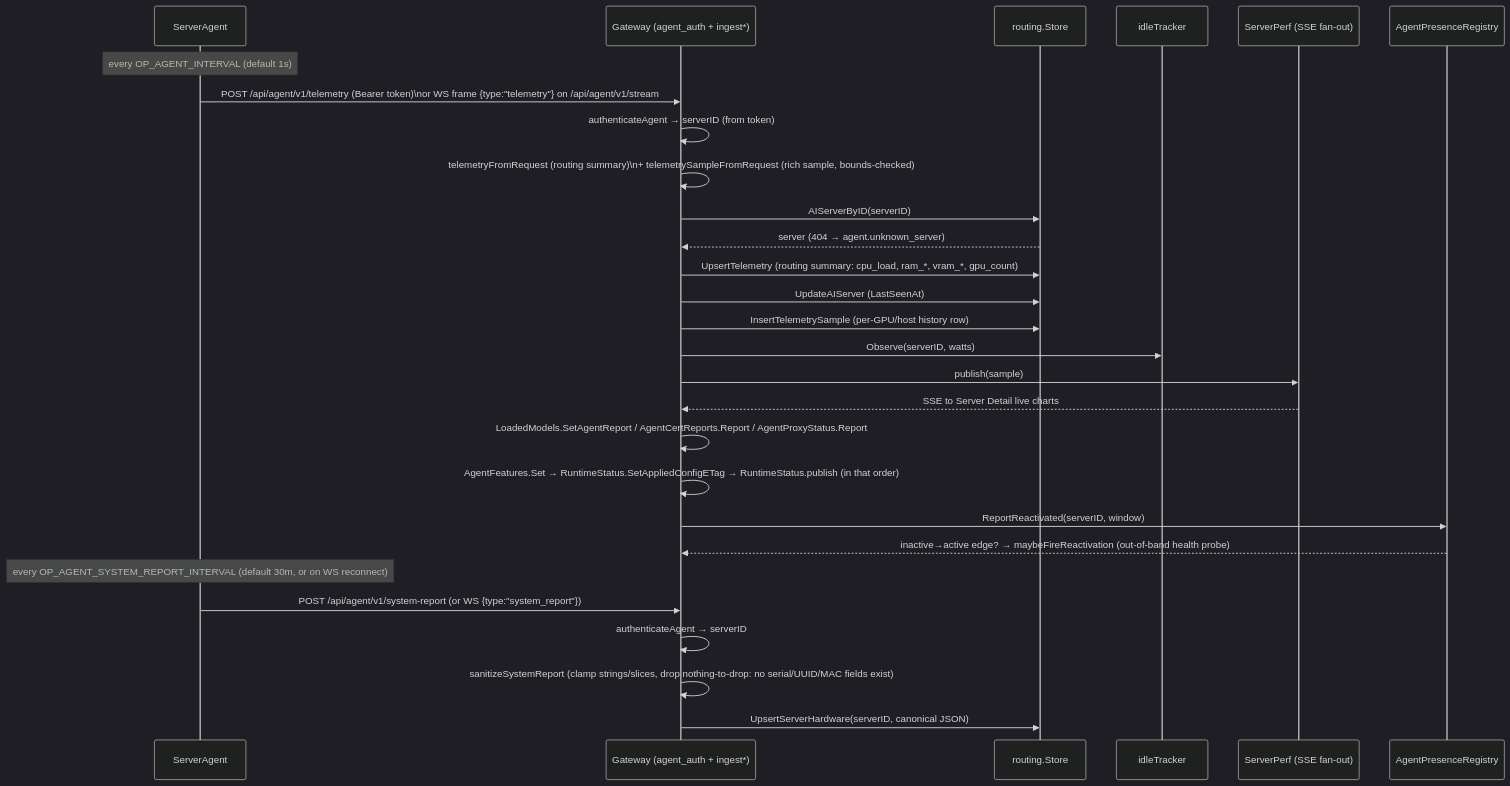
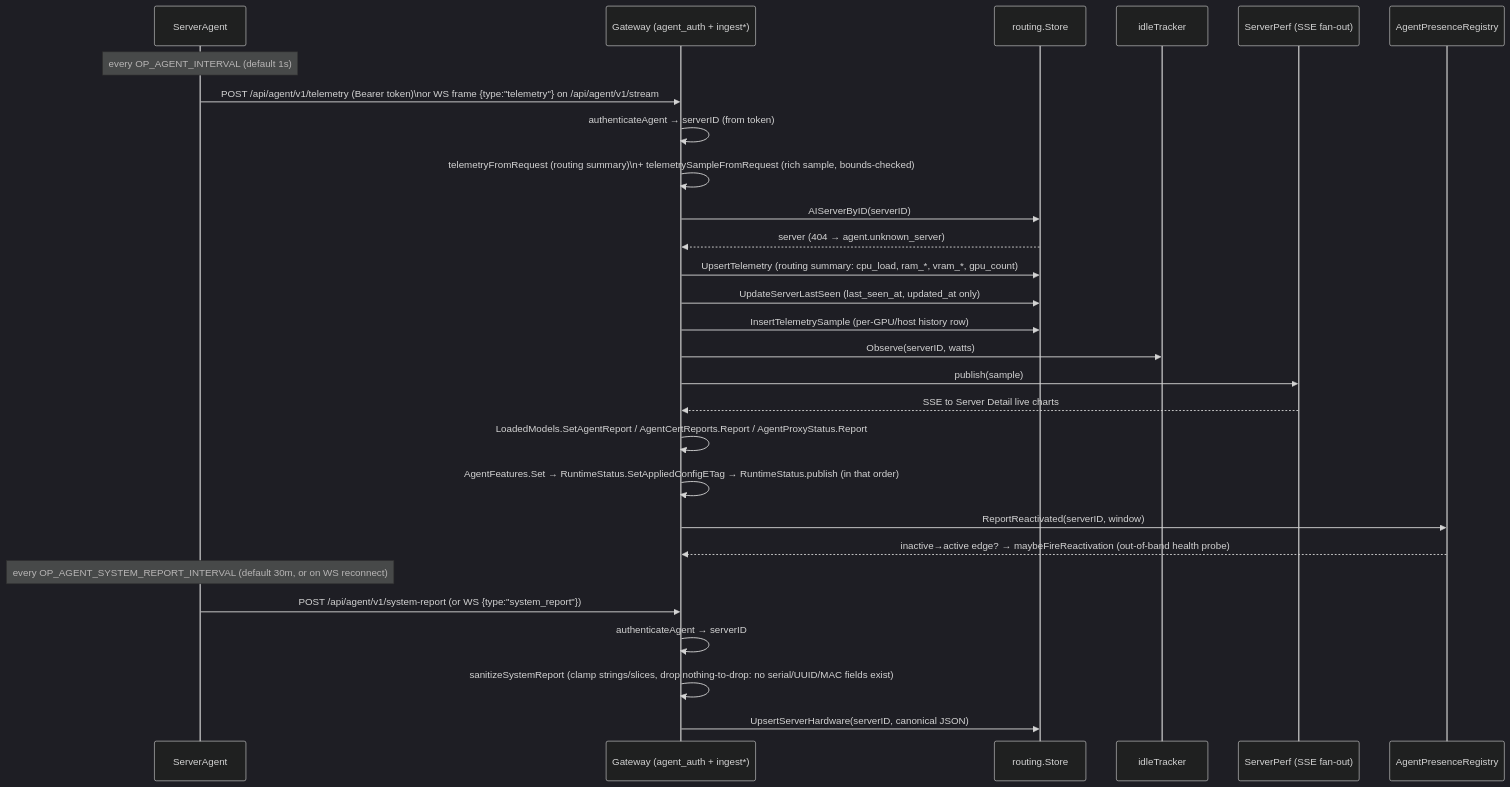
The first of 3 diagrams in docs/architecture/cross-cutting/telemetry-usage-observability.md (JLor08/op-ai-gateway), drawn with Mermaid (dark theme) before and after one commit. The commit also changed other lines of this file and 274 other files, not shown here.

````diff
--- a/docs/architecture/cross-cutting/telemetry-usage-observability.md
+++ b/docs/architecture/cross-cutting/telemetry-usage-observability.md
@@ -218,32 +218,32 @@
 ```mermaid
 sequenceDiagram
     participant A as ServerAgent
     participant GW as Gateway (agent_auth + ingest*)
     participant St as routing.Store
     participant Idle as idleTracker
     participant Perf as ServerPerf (SSE fan-out)
     participant Pres as AgentPresenceRegistry
 
     Note over A: every OP_AGENT_INTERVAL (default 1s)
     A->>GW: POST /api/agent/v1/telemetry (Bearer token)\nor WS frame {type:"telemetry"} on /api/agent/v1/stream
     GW->>GW: authenticateAgent → serverID (from token)
     GW->>GW: telemetryFromRequest (routing summary)\n+ telemetrySampleFromRequest (rich sample, bounds-checked)
     GW->>St: AIServerByID(serverID)
     St-->>GW: server (404 → agent.unknown_server)
     GW->>St: UpsertTelemetry (routing summary: cpu_load, ram_*, vram_*, gpu_count)
-    GW->>St: UpdateAIServer (LastSeenAt)
+    GW->>St: UpdateServerLastSeen (last_seen_at, updated_at only)
     GW->>St: InsertTelemetrySample (per-GPU/host history row)
     GW->>Idle: Observe(serverID, watts)
     GW->>Perf: publish(sample)
     Perf-->>GW: SSE to Server Detail live charts
     GW->>GW: LoadedModels.SetAgentReport / AgentCertReports.Report / AgentProxyStatus.Report
     GW->>GW: AgentFeatures.Set → RuntimeStatus.SetAppliedConfigETag → RuntimeStatus.publish (in that order)
     GW->>Pres: ReportReactivated(serverID, window)
     Pres-->>GW: inactive→active edge? → maybeFireReactivation (out-of-band health probe)
 
     Note over A: every OP_AGENT_SYSTEM_REPORT_INTERVAL (default 30m, or on WS reconnect)
     A->>GW: POST /api/agent/v1/system-report (or WS {type:"system_report"})
     GW->>GW: authenticateAgent → serverID
     GW->>GW: sanitizeSystemReport (clamp strings/slices, drop nothing-to-drop: no serial/UUID/MAC fields exist)
     GW->>St: UpsertServerHardware(serverID, canonical JSON)
 ```
````
